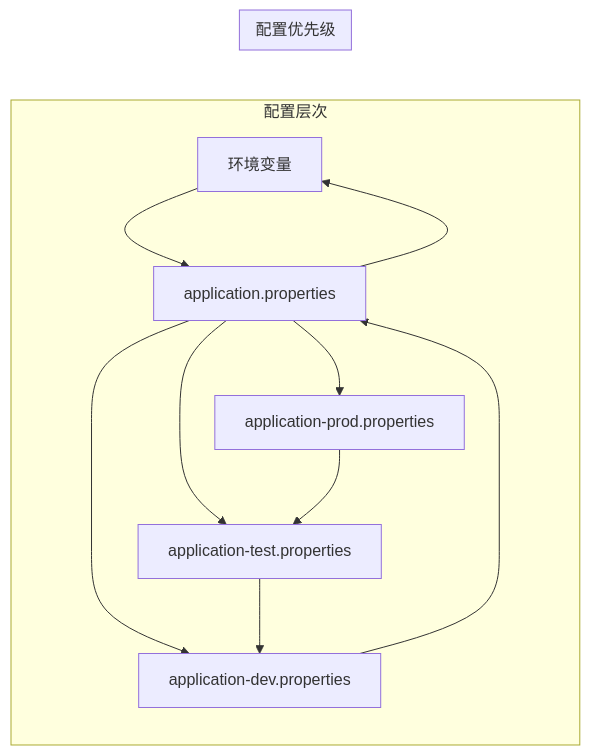
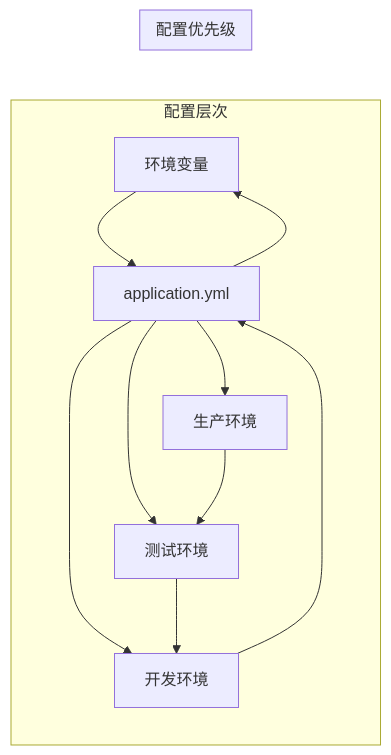
One commit to gree-coder/fund-butler changed the seventh of 9 diagrams in .qoder/repowiki/zh/content/核心功能开发/数据库集成.md. Above: the diagram before and after it, drawn with Mermaid. The commit also changed other lines of this file and 10 other files, not shown here.

````diff
--- a/.qoder/repowiki/zh/content/核心功能开发/数据库集成.md
+++ b/.qoder/repowiki/zh/content/核心功能开发/数据库集成.md
@@ -337,20 +396,20 @@
 ```mermaid
 flowchart LR
 subgraph "配置层次"
 ENV[环境变量]
-PROPS[application.properties]
-DEV[application-dev.properties]
-TEST[application-test.properties]
-PROD[application-prod.properties]
+YML[application.yml]
+DEV[开发环境]
+TEST[测试环境]
+PROD[生产环境]
 end
-ENV --> PROPS
-PROPS --> DEV
-PROPS --> TEST
-PROPS --> PROD
+ENV --> YML
+YML --> DEV
+YML --> TEST
+YML --> PROD
 subgraph "配置优先级"
 PROD --> TEST
 TEST --> DEV
-DEV --> PROPS
-PROPS --> ENV
+DEV --> YML
+YML --> ENV
 end
 ```
````
